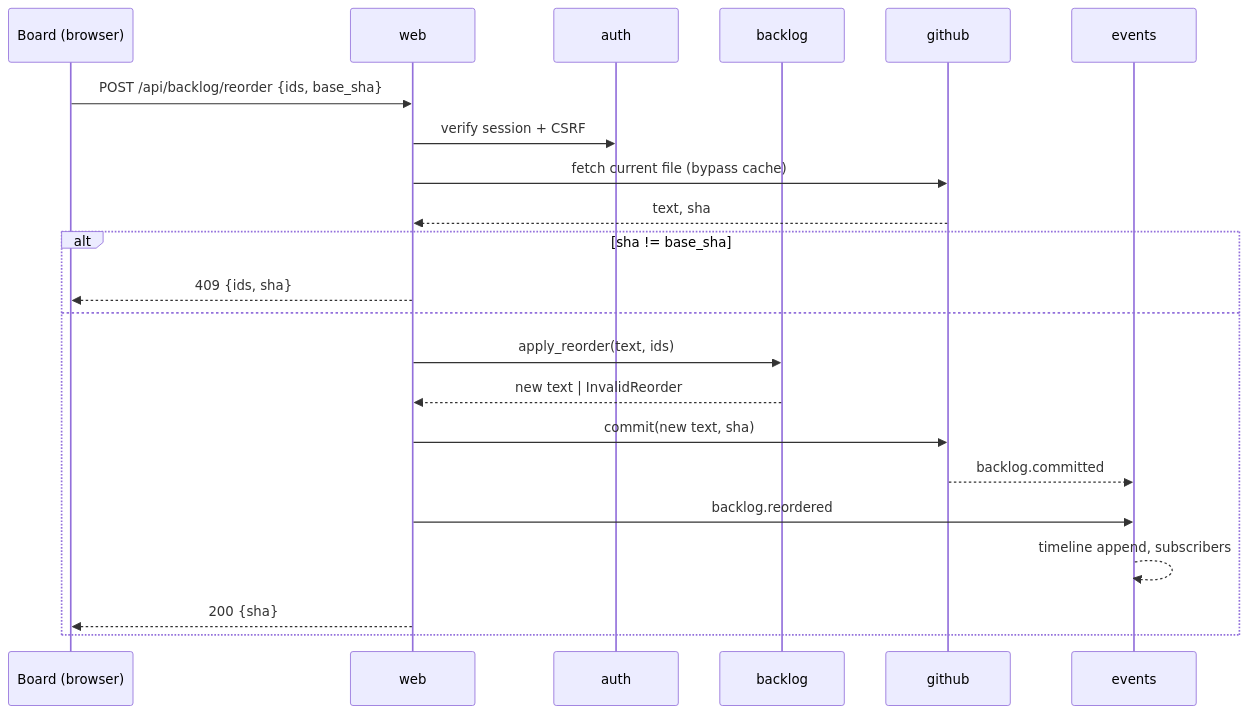
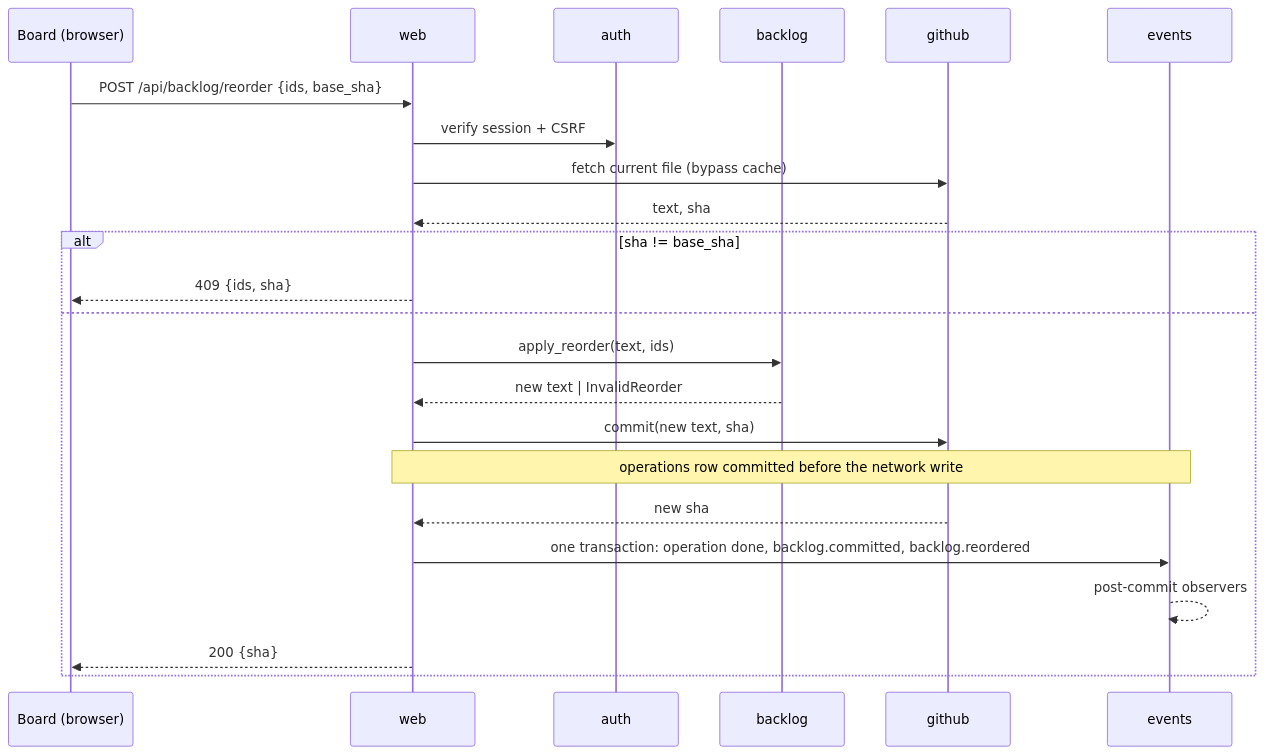
The second of 2 diagrams in docs/architecture.md (priaby/backlog-works), drawn with Mermaid before and after one commit. The commit also changed other lines of this file, not shown here.

````diff
--- a/docs/architecture.md
+++ b/docs/architecture.md
@@ -136,24 +198,25 @@
 ```mermaid
 sequenceDiagram
   participant B as Board (browser)
   participant W as web
   participant A as auth
   participant D as backlog
   participant G as github
   participant E as events
   B->>W: POST /api/backlog/reorder {ids, base_sha}
   W->>A: verify session + CSRF
   W->>G: fetch current file (bypass cache)
   G-->>W: text, sha
   alt sha != base_sha
     W-->>B: 409 {ids, sha}
   else
     W->>D: apply_reorder(text, ids)
     D-->>W: new text | InvalidReorder
     W->>G: commit(new text, sha)
-    G-->>E: backlog.committed
-    W->>E: backlog.reordered
-    E-->>E: timeline append, subscribers
+    Note over W,E: operations row committed before the network write
+    G-->>W: new sha
+    W->>E: one transaction: operation done, backlog.committed, backlog.reordered
+    E-->>E: post-commit observers
     W-->>B: 200 {sha}
   end
 ```
````
